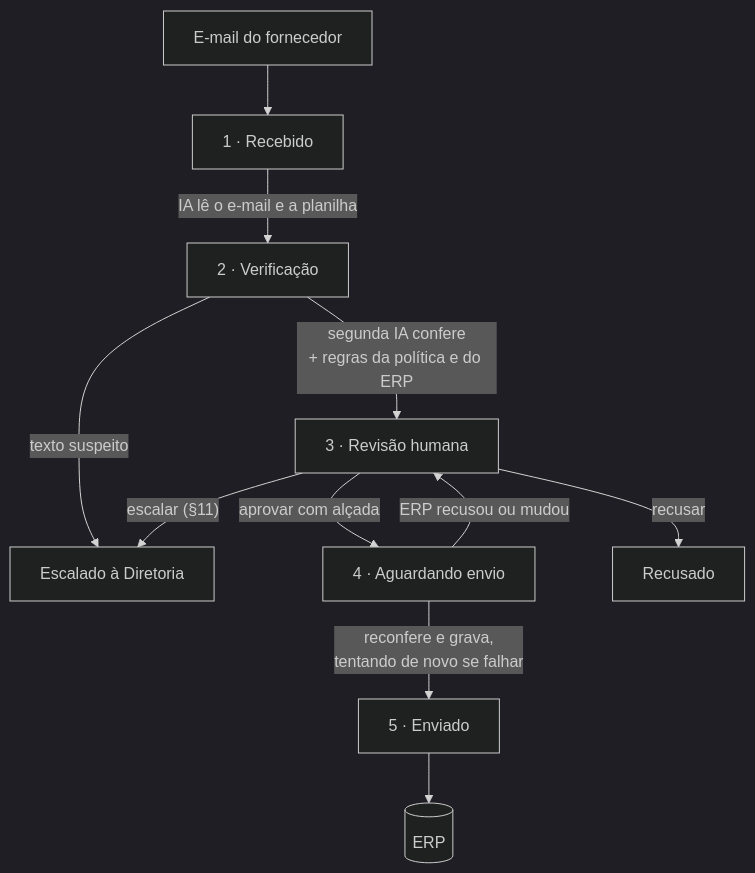
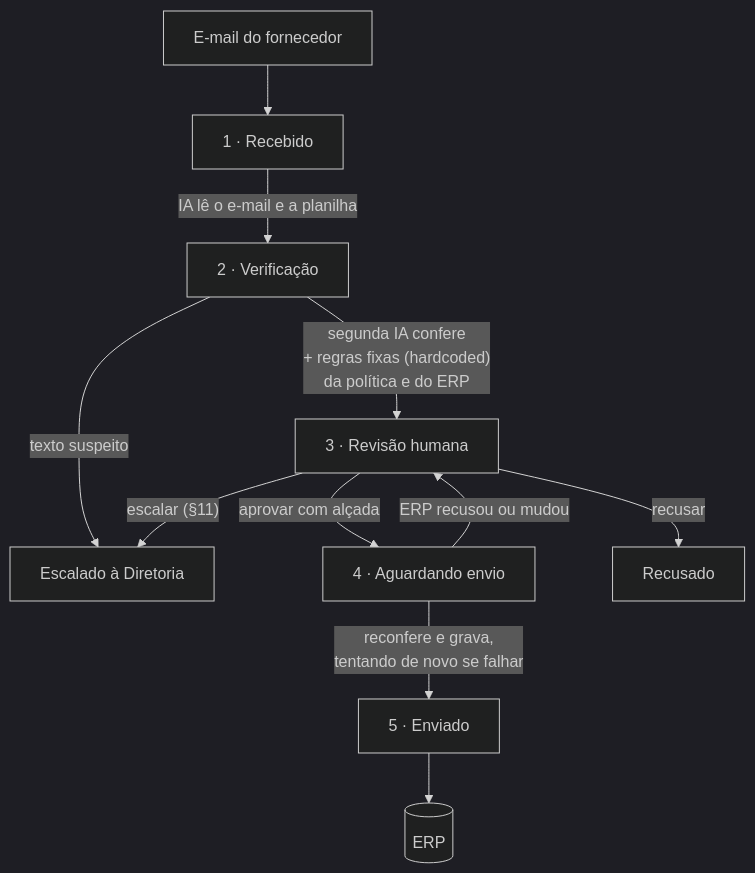
One commit to rt3norio/vitalis-condicoes-comerciais changed the second of 3 diagrams in docs/entrega-pdf.md. Above: the diagram before and after it, drawn with Mermaid (dark theme). The commit also changed other lines of this file and 7 other files, not shown here.

Commit message:
docs: regras fixas (hardcoded) para nao parecer regra da IA

````diff
--- a/docs/entrega-pdf.md
+++ b/docs/entrega-pdf.md
@@ -77,13 +77,13 @@
 ```mermaid
 flowchart TB
   A["E-mail do fornecedor"] --> R1["1 · Recebido"]
   R1 -- "IA lê o e-mail e a planilha" --> R2["2 · Verificação"]
-  R2 -- "segunda IA confere<br/>+ regras da política e do ERP" --> R3["3 · Revisão humana"]
+  R2 -- "segunda IA confere<br/>+ regras fixas (hardcoded)<br/>da política e do ERP" --> R3["3 · Revisão humana"]
   R2 -- "texto suspeito" --> X["Escalado à Diretoria"]
   R3 -- "aprovar com alçada" --> R4["4 · Aguardando envio"]
   R3 -- "recusar" --> Y["Recusado"]
   R3 -- "escalar (§11)" --> X
   R4 -- "reconfere e grava,<br/>tentando de novo se falhar" --> R5["5 · Enviado"]
   R4 -- "ERP recusou ou mudou" --> R3
   R5 --> G[("ERP")]
 ```
````
